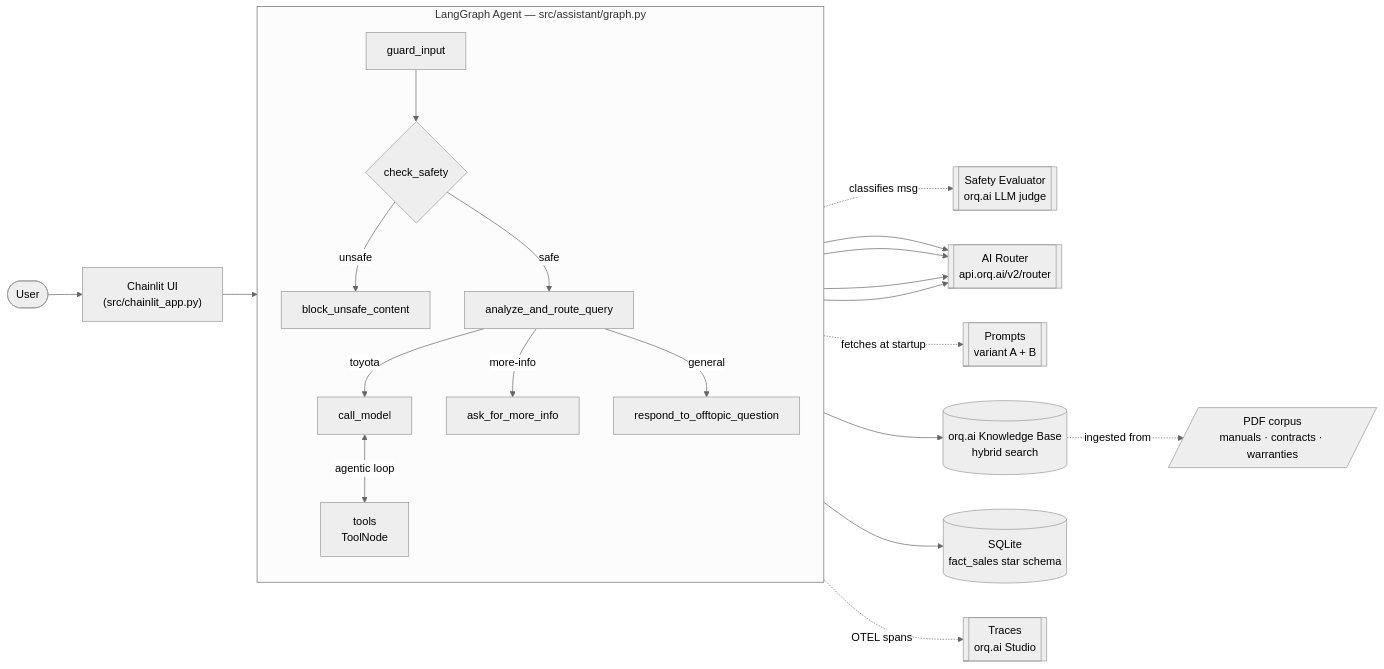
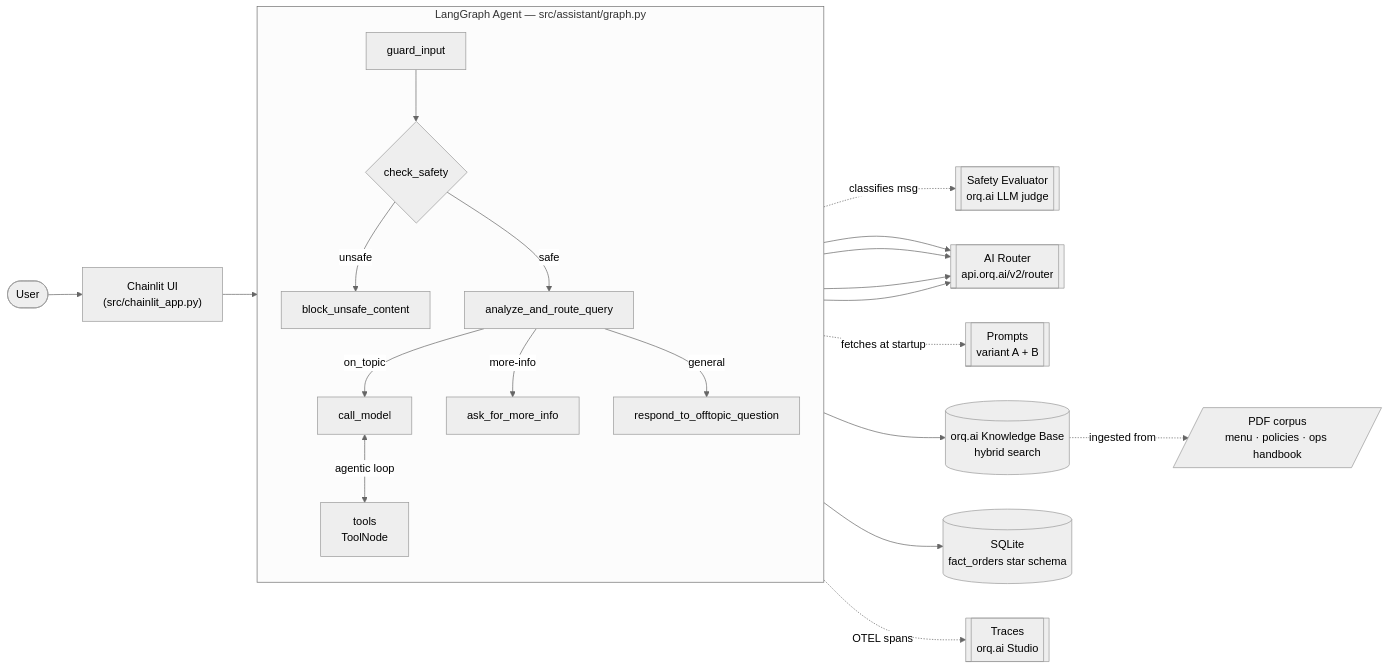
One commit to orq-ai/orq-langgraph-demo changed the first of 2 diagrams in ARCHITECTURE.md. Above: the diagram before and after it, drawn with Mermaid (neutral theme). The commit also changed other lines of this file and 4 other files, not shown here.

````diff
--- a/ARCHITECTURE.md
+++ b/ARCHITECTURE.md
@@ -13,38 +13,38 @@
 ```mermaid
 flowchart LR
     User([User])
     User --> Chainlit["Chainlit UI<br/>(src/chainlit_app.py)"]
     Chainlit --> Graph
 
     subgraph Graph ["LangGraph Agent — src/assistant/graph.py"]
         direction TB
         GuardInput[guard_input]
         Route[analyze_and_route_query]
         CheckSafety{check_safety}
         Block[block_unsafe_content]
         AskMore[ask_for_more_info]
         OffTopic[respond_to_offtopic_question]
         CallModel[call_model]
         ToolsNode[tools<br/>ToolNode]
 
         GuardInput --> CheckSafety
         CheckSafety -- unsafe --> Block
         CheckSafety -- safe --> Route
-        Route -- toyota --> CallModel
+        Route -- on_topic --> CallModel
         Route -- more-info --> AskMore
         Route -- general --> OffTopic
         CallModel <-->|agentic loop| ToolsNode
     end
 
     GuardInput -.classifies msg.-> SafetyEval[["Safety Evaluator<br/>orq.ai LLM judge"]]
     Route --> AIRouter[["AI Router<br/>api.orq.ai/v2/router"]]
     CallModel --> AIRouter
     AskMore --> AIRouter
     OffTopic --> AIRouter
     CallModel -.fetches at startup.-> Prompts[["Prompts<br/>variant A + B"]]
     ToolsNode --> KB[("orq.ai Knowledge Base<br/>hybrid search")]
-    ToolsNode --> SQLite[("SQLite<br/>fact_sales star schema")]
-    KB -.ingested from.-> PDFs[/"PDF corpus<br/>manuals · contracts · warranties"/]
+    ToolsNode --> SQLite[("SQLite<br/>fact_orders star schema")]
+    KB -.ingested from.-> PDFs[/"PDF corpus<br/>menu · policies · ops handbook"/]
 
     Graph -.OTEL spans.-> Traces[["Traces<br/>orq.ai Studio"]]
 ```
````
